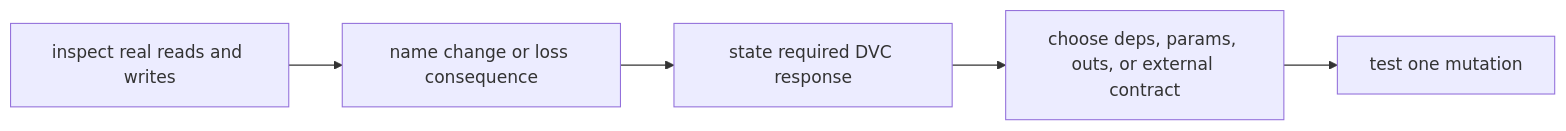
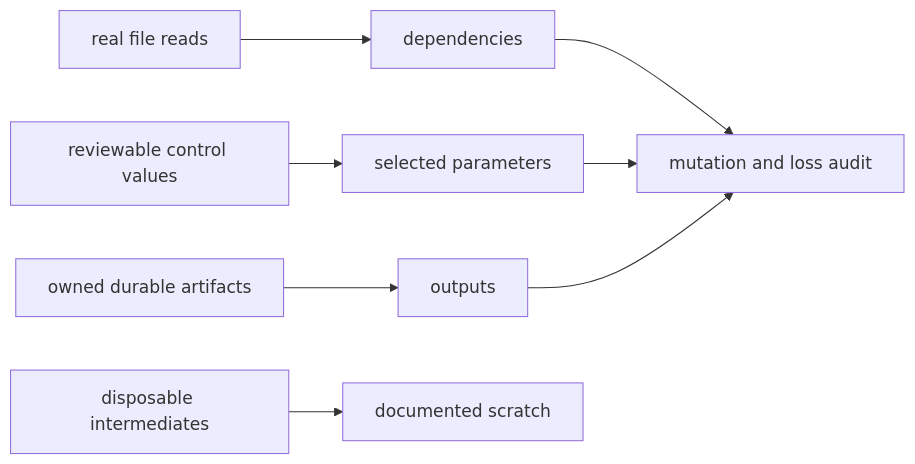
Before and after one commit to bijux/bijux-masterclass: the second of 3 diagrams in programs/reproducible-research/deep-dive-dvc/course-book/module-04-truthful-pipelines-declared-dependencies/dependency-parameter-output-boundaries.md, drawn with Mermaid. The commit also changed other lines of this file, not shown here.

Commit message:
docs(dvc): classify stage boundaries by consequence

````diff
--- a/programs/reproducible-research/deep-dive-dvc/course-book/module-04-truthful-pipelines-declared-dependencies/dependency-parameter-output-boundaries.md
+++ b/programs/reproducible-research/deep-dive-dvc/course-book/module-04-truthful-pipelines-declared-dependencies/dependency-parameter-output-boundaries.md
@@ -310,7 +18,10 @@
 ```mermaid
 flowchart LR
-  command["inspect real reads and writes"] --> consequence["name change or loss consequence"]
-  consequence --> response["state required DVC response"]
-  response --> placement["choose deps, params, outs, or external contract"]
-  placement --> pressure["test one mutation"]
+  read["real file reads"] --> deps["dependencies"]
+  control["reviewable control values"] --> params["selected parameters"]
+  write["owned durable artifacts"] --> outs["outputs"]
+  scratch["disposable intermediates"] --> excluded["documented scratch"]
+  deps --> audit["mutation and loss audit"]
+  params --> audit
+  outs --> audit
 ```
````
